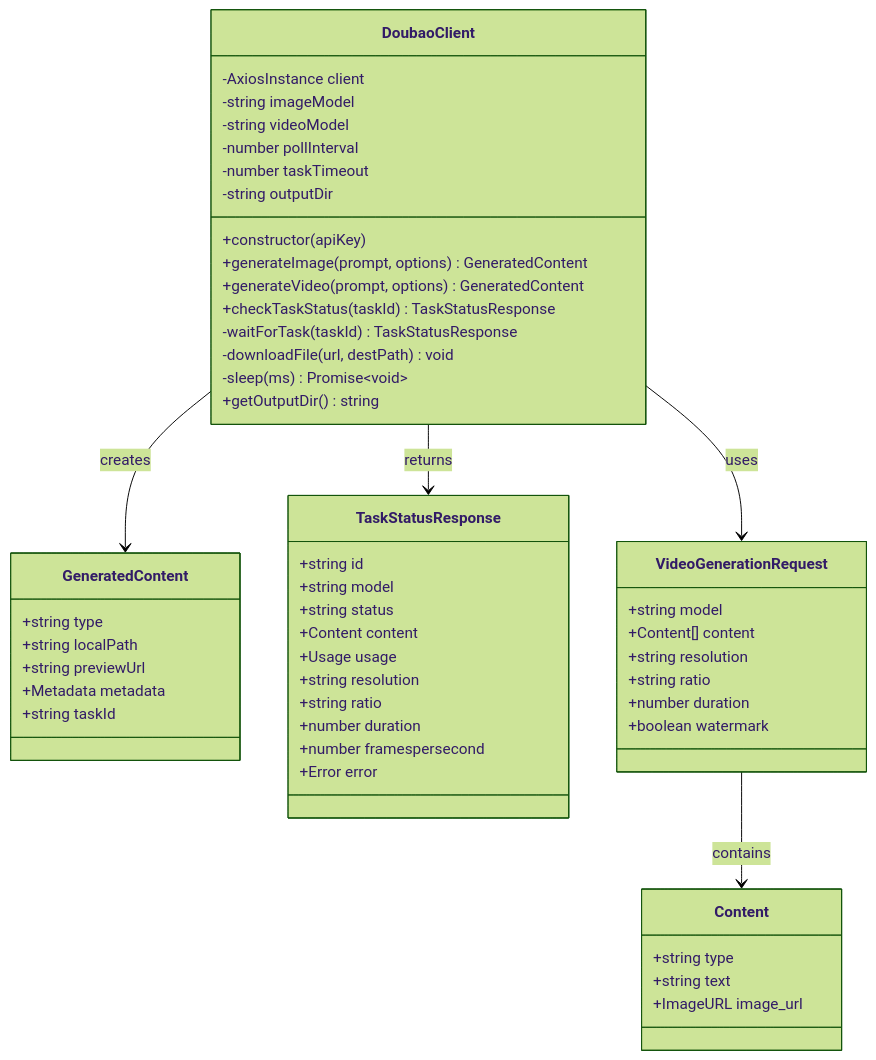
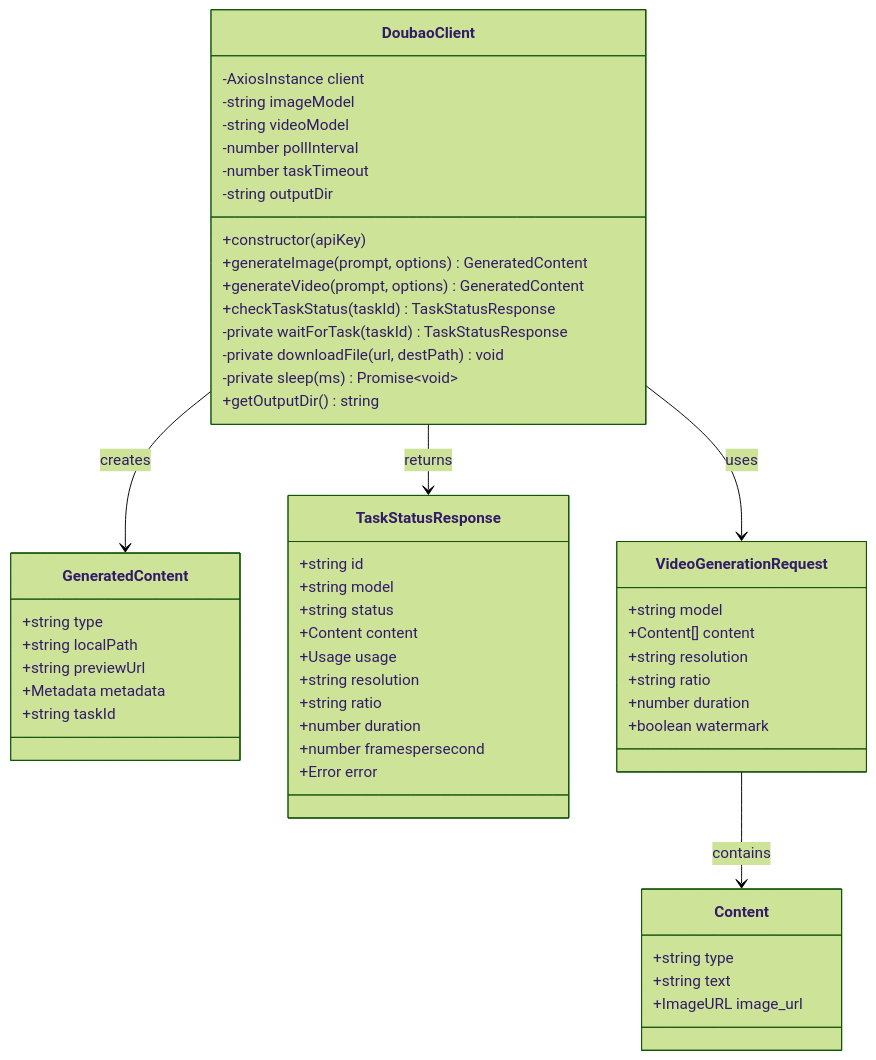
Before and after one commit to songdiyang/clawOperations: the third of 9 diagrams in .qoder/repowiki/zh/content/Doubao Client Api.md, drawn with Mermaid (forest theme). The commit also changed other lines of this file and 10 other files, not shown here.

````diff
--- a/.qoder/repowiki/zh/content/Doubao Client Api.md
+++ b/.qoder/repowiki/zh/content/Doubao Client Api.md
@@ -195,55 +214,55 @@
 ```mermaid
 classDiagram
 class DoubaoClient {
 -AxiosInstance client
 -string imageModel
 -string videoModel
 -number pollInterval
 -number taskTimeout
 -string outputDir
 +constructor(apiKey)
 +generateImage(prompt, options) GeneratedContent
 +generateVideo(prompt, options) GeneratedContent
 +checkTaskStatus(taskId) TaskStatusResponse
--waitForTask(taskId) TaskStatusResponse
--downloadFile(url, destPath) void
--sleep(ms) Promise~void~
+-private waitForTask(taskId) TaskStatusResponse
+-private downloadFile(url, destPath) void
+-private sleep(ms) Promise~void~
 +getOutputDir() string
 }
 class GeneratedContent {
 +string type
 +string localPath
 +string previewUrl
 +Metadata metadata
 +string taskId
 }
 class TaskStatusResponse {
 +string id
 +string model
 +string status
 +Content content
 +Usage usage
 +string resolution
 +string ratio
 +number duration
 +number framespersecond
 +Error error
 }
 class VideoGenerationRequest {
 +string model
 +Content[] content
 +string resolution
 +string ratio
 +number duration
 +boolean watermark
 }
 class Content {
 +string type
 +string text
 +ImageURL image_url
 }
 DoubaoClient --> GeneratedContent : creates
 DoubaoClient --> TaskStatusResponse : returns
 DoubaoClient --> VideoGenerationRequest : uses
 VideoGenerationRequest --> Content : contains
 ```
````
